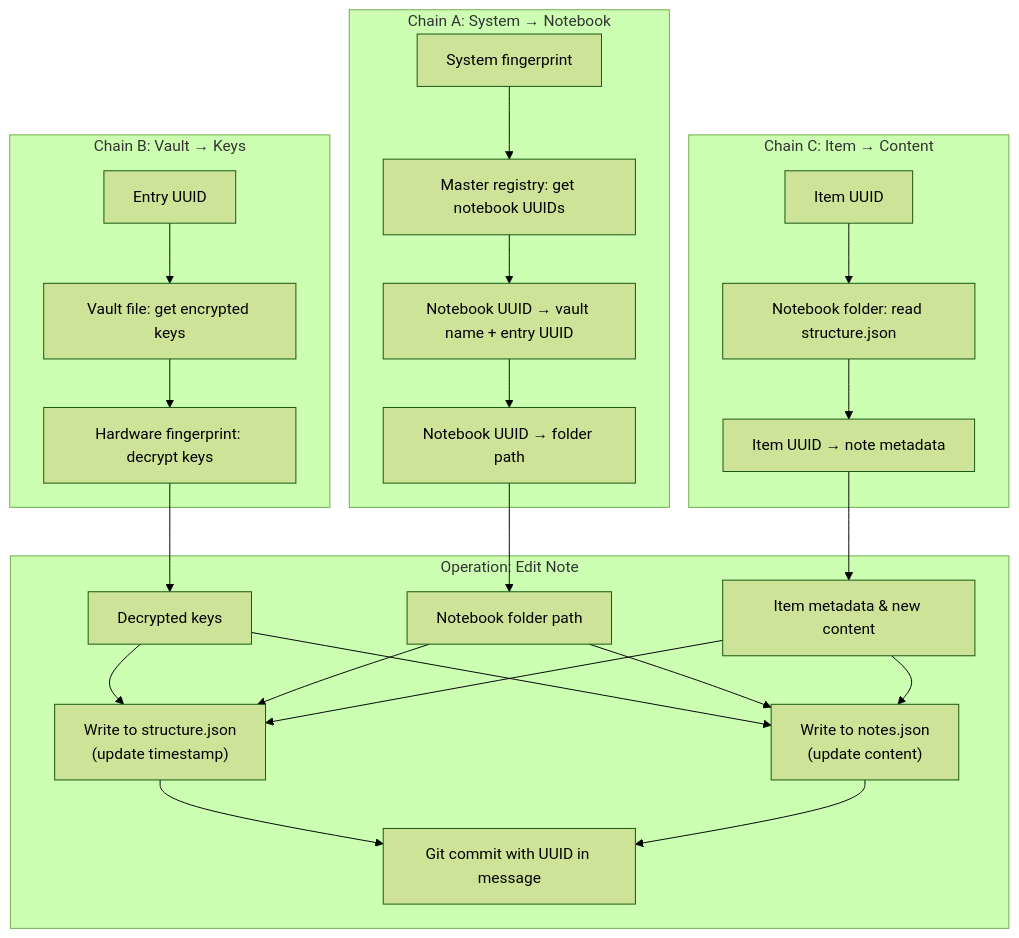
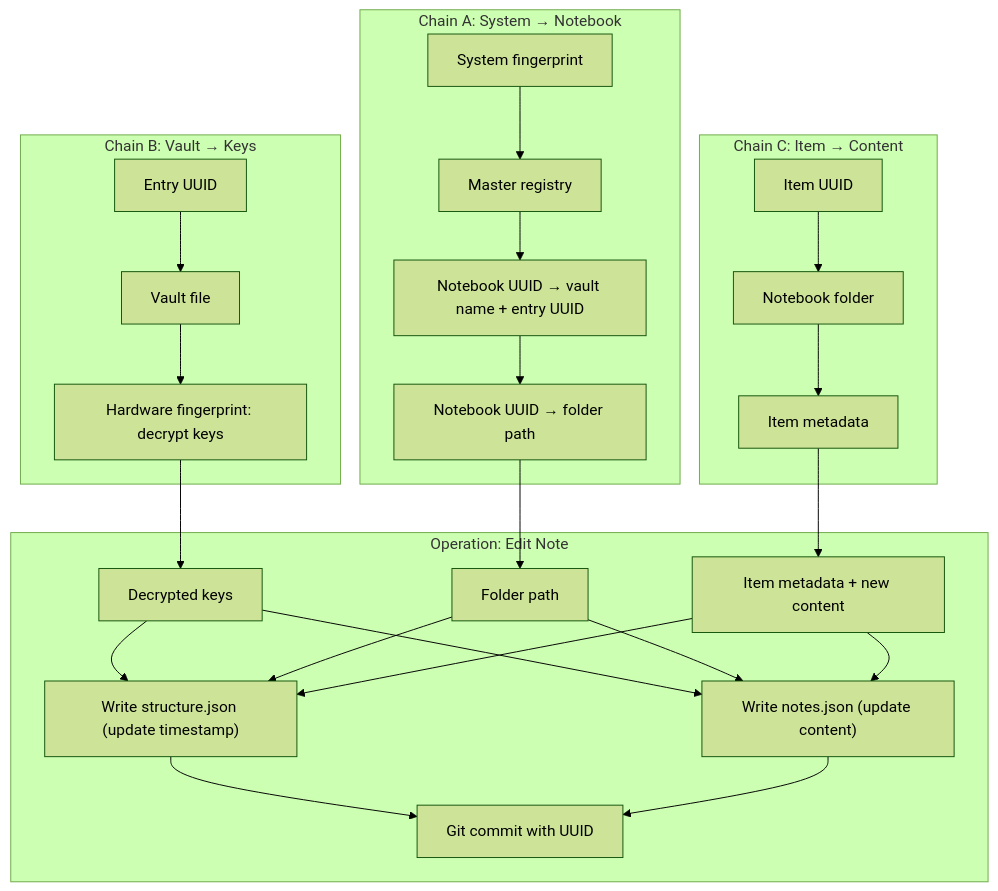
The first of 3 diagrams in UUID.md (sys-ronin/rough_docu), drawn with Mermaid (forest theme) before and after one commit. The commit also changed other lines of this file, not shown here.

````diff
--- a/UUID.md
+++ b/UUID.md
@@ -84,42 +92,42 @@
 ```mermaid
 flowchart TD
     subgraph ChainA["Chain A: System → Notebook"]
-        A1["System fingerprint"] --> A2["Master registry: get notebook UUIDs"]
+        A1["System fingerprint"] --> A2["Master registry"]
         A2 --> A3["Notebook UUID → vault name + entry UUID"]
         A3 --> A4["Notebook UUID → folder path"]
     end
 
     subgraph ChainB["Chain B: Vault → Keys"]
-        B1["Entry UUID"] --> B2["Vault file: get encrypted keys"]
+        B1["Entry UUID"] --> B2["Vault file"]
         B2 --> B3["Hardware fingerprint: decrypt keys"]
     end
 
     subgraph ChainC["Chain C: Item → Content"]
-        C1["Item UUID"] --> C2["Notebook folder: read structure.json"]
-        C2 --> C3["Item UUID → note metadata"]
+        C1["Item UUID"] --> C2["Notebook folder"]
+        C2 --> C3["Item metadata"]
     end
 
     subgraph Operation["Operation: Edit Note"]
         O1["Decrypted keys"]
-        O2["Notebook folder path"]
-        O3["Item metadata & new content"]
-        O4["Write to structure.json<br>(update timestamp)"]
-        O5["Write to notes.json<br>(update content)"]
-        O6["Git commit with UUID in message"]
+        O2["Folder path"]
+        O3["Item metadata + new content"]
+        O4["Write structure.json (update timestamp)"]
+        O5["Write notes.json (update content)"]
+        O6["Git commit with UUID"]
     end
 
     A4 --> O2
     B3 --> O1
     C3 --> O3
 
     O1 --> O4
     O2 --> O4
     O3 --> O4
 
     O1 --> O5
     O2 --> O5
     O3 --> O5
 
     O4 --> O6
     O5 --> O6
 ```
````
